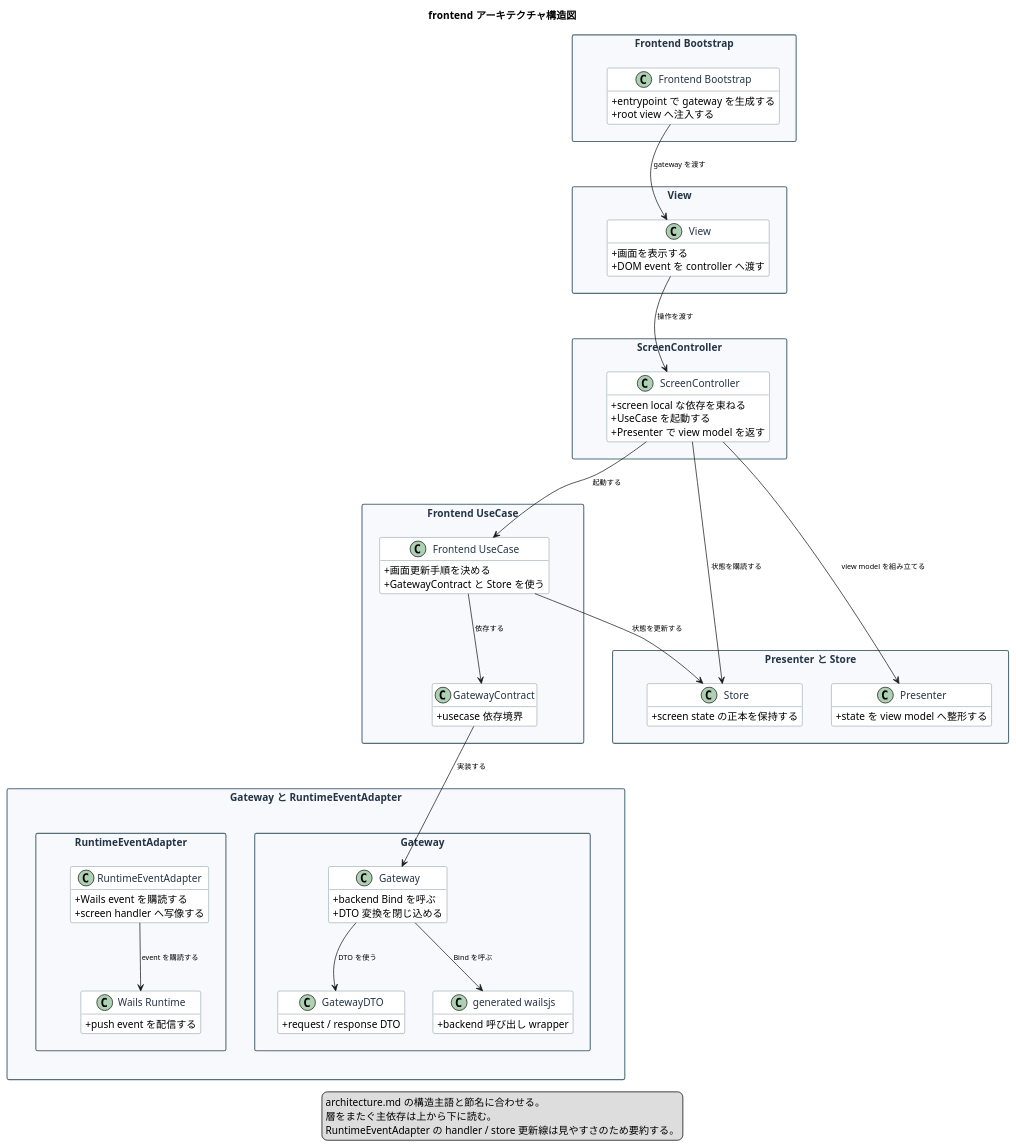
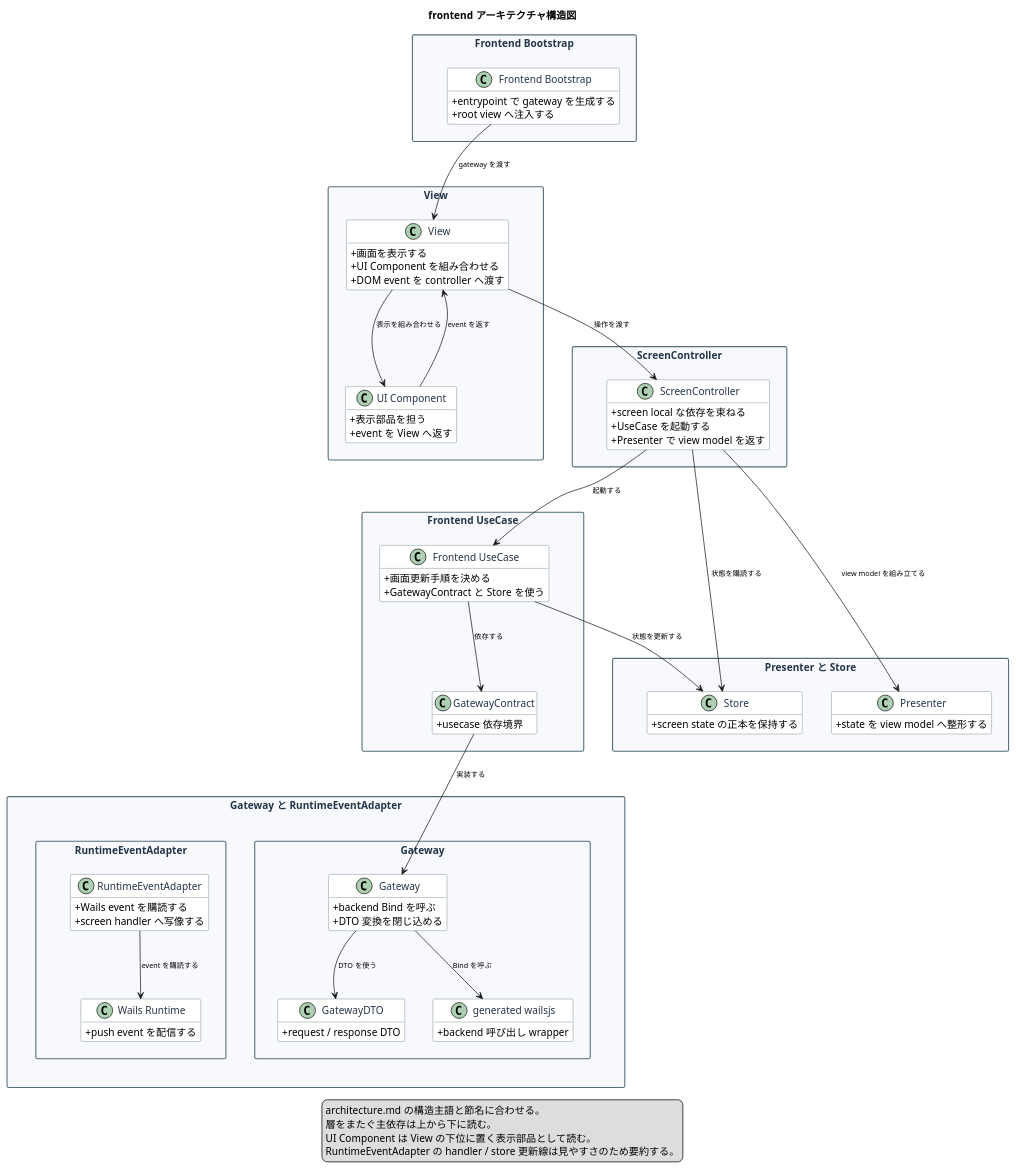
The diagram in docs/diagrams/frontend/frontend-architecture.puml (ishibata91/AITranslationEngineJP), drawn with PlantUML before and after one commit. The commit also changed 24 other files, not shown here.

```diff
--- a/docs/diagrams/frontend/frontend-architecture.puml
+++ b/docs/diagrams/frontend/frontend-architecture.puml
@@ -1,138 +1,149 @@
 @startuml
 
 title frontend アーキテクチャ構造図
 
 top to bottom direction
 hide methods
 skinparam classAttributeIconSize 0
 skinparam packageStyle rectangle
 skinparam nodesep 40
 skinparam ranksep 80
 skinparam ArrowFontSize 10
 
 skinparam package {
     BackgroundColor #f7f9fc
     BorderColor #546e7a
     FontColor #243447
 }
 skinparam class {
     BackgroundColor #ffffff
     BorderColor #546e7a
     FontColor #243447
 }
 
 package "Frontend Bootstrap" as BootstrapLayer {
     class "Frontend Bootstrap" as FrontendBootstrap {
         + entrypoint で gateway を生成する
         + root view へ注入する
     }
 }
 
 package "View" as ViewLayer {
     class "View" as View {
         + 画面を表示する
+        + UI Component を組み合わせる
         + DOM event を controller へ渡す
     }
+
+    class "UI Component" as UiComponent {
+        + 表示部品を担う
+        + event を View へ返す
+    }
+
+    View -[hidden]down-> UiComponent
 }
 
 package "ScreenController" as ScreenControllerLayer {
     class "ScreenController" as ScreenController {
         + screen local な依存を束ねる
         + UseCase を起動する
         + Presenter で view model を返す
     }
 }
 
 package "Frontend UseCase" as FrontendUseCaseLayer {
     class "Frontend UseCase" as FrontendUseCase {
         + 画面更新手順を決める
         + GatewayContract と Store を使う
     }
 
     class "GatewayContract" as GatewayContract {
         + usecase 依存境界
     }
 
     FrontendUseCase -[hidden]down-> GatewayContract
 }
 
 package "Presenter と Store" as PresenterStoreLayer {
     class "Store" as Store {
         + screen state の正本を保持する
     }
 
     class "Presenter" as Presenter {
         + state を view model へ整形する
     }
 
     Store -[hidden]right-> Presenter
 }
 
 package "Gateway と RuntimeEventAdapter" as TransportAdapterLayer {
     package "Gateway" as GatewayAdapterGroup {
         class "Gateway" as WailsGateway {
             + backend Bind を呼ぶ
             + DTO 変換を閉じ込める
         }
 
         class "GatewayDTO" as GatewayDto {
             + request / response DTO
         }
 
         class "generated wailsjs" as WailsJs {
             + backend 呼び出し wrapper
         }
 
         WailsGateway -[hidden]down-> GatewayDto
         GatewayDto -[hidden]right-> WailsJs
     }
 
     package "RuntimeEventAdapter" as RuntimeAdapterGroup {
         class "RuntimeEventAdapter" as RuntimeEventAdapter {
             + Wails event を購読する
             + screen handler へ写像する
         }
 
         class "Wails Runtime" as WailsRuntime {
             + push event を配信する
         }
 
         RuntimeEventAdapter -[hidden]down-> WailsRuntime
     }
 
     GatewayAdapterGroup -[hidden]right-> RuntimeAdapterGroup
 }
 
 FrontendBootstrap --> View : gateway を渡す
 
 View --> ScreenController : 操作を渡す
+View --> UiComponent : 表示を組み合わせる
+UiComponent --> View : event を返す
 ScreenController --> FrontendUseCase : 起動する
 ScreenController --> Store : 状態を購読する
 ScreenController --> Presenter : view model を組み立てる
 
 FrontendUseCase --> GatewayContract : 依存する
 FrontendUseCase --> Store : 状態を更新する
 GatewayContract --> WailsGateway : 実装する
 WailsGateway --> GatewayDto : DTO を使う
 WailsGateway --> WailsJs : Bind を呼ぶ
 
 RuntimeEventAdapter --> WailsRuntime : event を購読する
 
 BootstrapLayer -[hidden]down-> ViewLayer
 ViewLayer -[hidden]down-> ScreenControllerLayer
 ScreenControllerLayer -[hidden]down-> FrontendUseCaseLayer
 FrontendUseCaseLayer -[hidden]down-> PresenterStoreLayer
 PresenterStoreLayer -[hidden]down-> TransportAdapterLayer
 
 FrontendBootstrap -[hidden]down-> View
 View -[hidden]down-> ScreenController
 ScreenController -[hidden]down-> FrontendUseCase
 FrontendUseCase -[hidden]down-> WailsGateway
 
 legend bottom
     architecture.md の構造主語と節名に合わせる。
     層をまたぐ主依存は上から下に読む。
+    UI Component は View の下位に置く表示部品として読む。
     RuntimeEventAdapter の handler / store 更新線は見やすさのため要約する。
 endlegend
 
 @enduml
```
